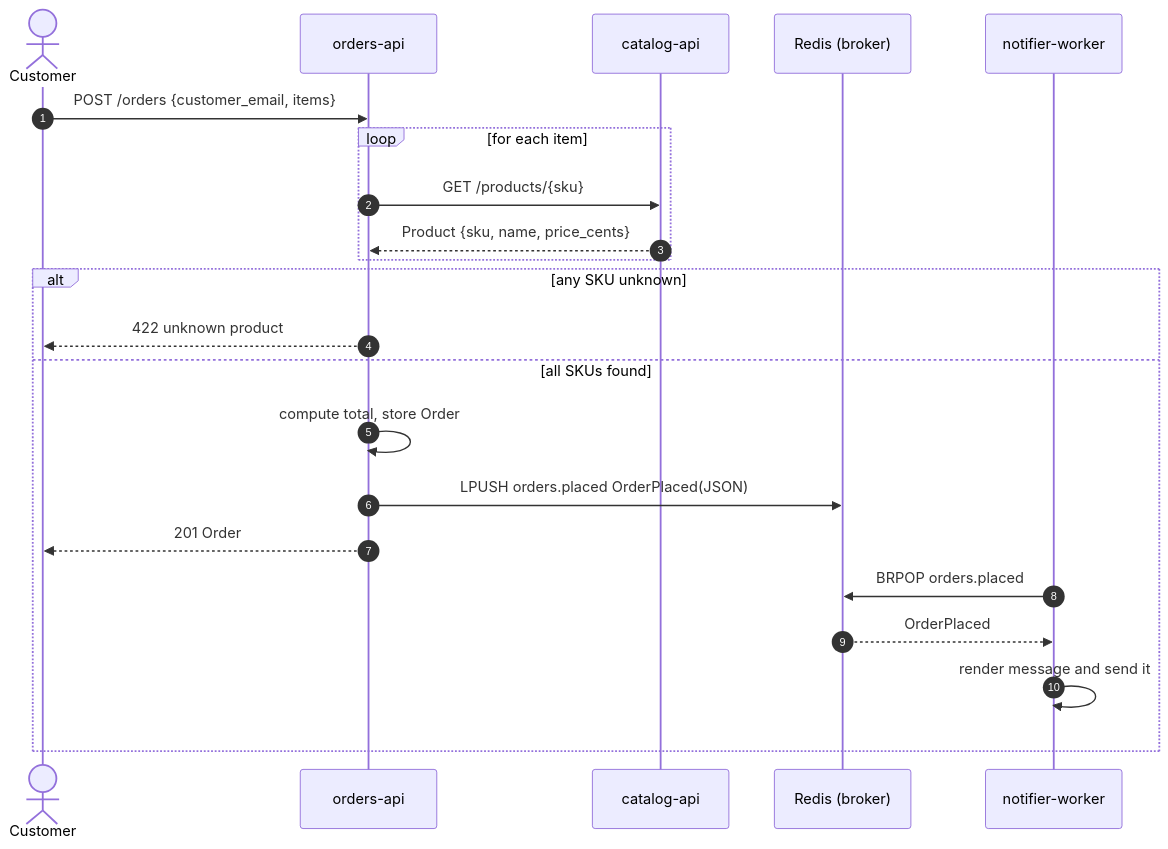
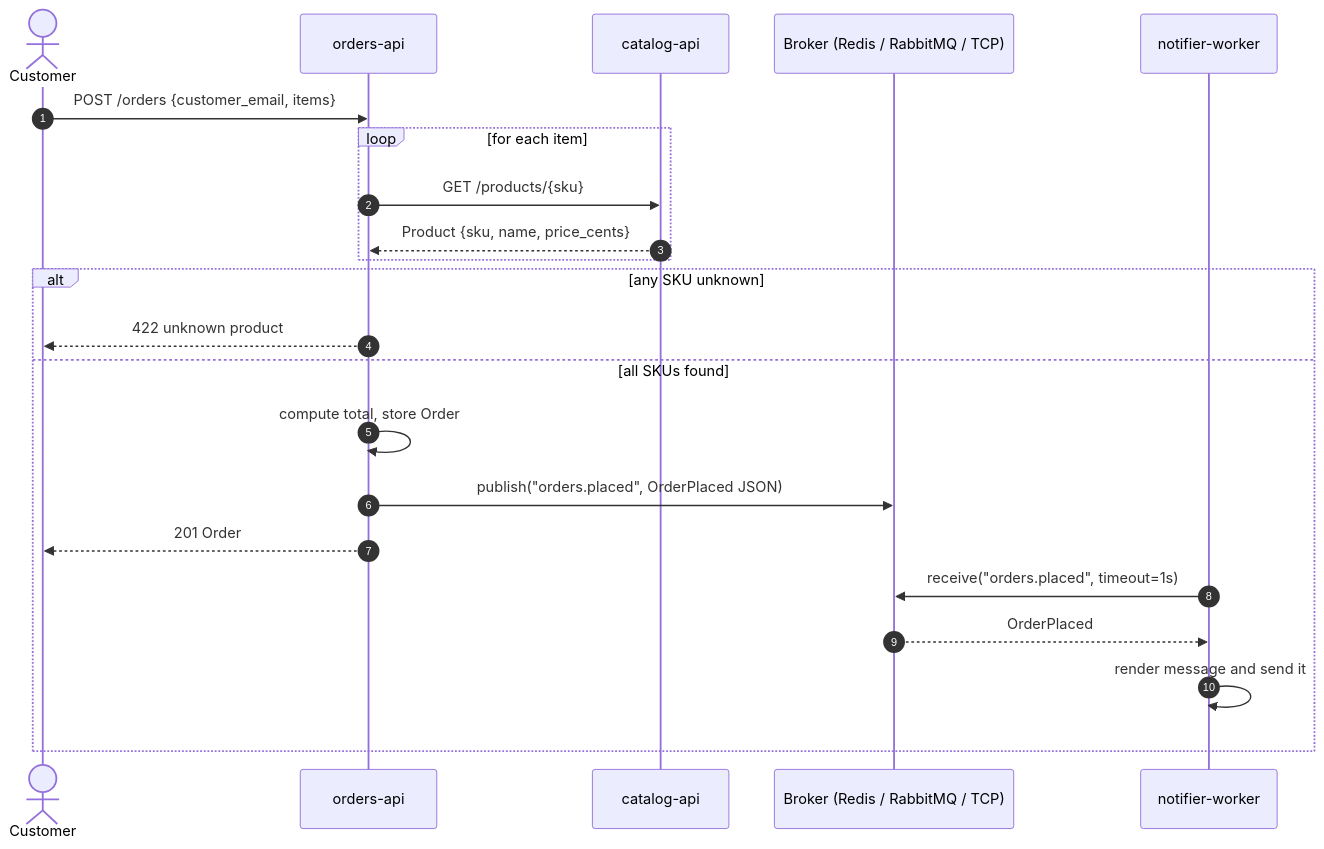
One commit to sovikroy/python-monorepo changed the third of 10 diagrams in ARCHITECTURE.md. Above: the diagram before and after it, drawn with Mermaid. The commit also changed other lines of this file and 40 other files, not shown here.

First line of the commit message:
Make the messaging transport pluggable (Redis, RabbitMQ, TCP, in-memory)

````diff
--- a/ARCHITECTURE.md
+++ b/ARCHITECTURE.md
@@ -120,25 +134,25 @@
 ```mermaid
 sequenceDiagram
     autonumber
     actor Customer
     participant Orders as orders-api
     participant Catalog as catalog-api
-    participant Redis as Redis (broker)
+    participant Broker as Broker (Redis / RabbitMQ / TCP)
     participant Notifier as notifier-worker
 
     Customer->>Orders: POST /orders {customer_email, items}
     loop for each item
         Orders->>Catalog: GET /products/{sku}
         Catalog-->>Orders: Product {sku, name, price_cents}
     end
     alt any SKU unknown
         Orders-->>Customer: 422 unknown product
     else all SKUs found
         Orders->>Orders: compute total, store Order
-        Orders->>Redis: LPUSH orders.placed OrderPlaced(JSON)
+        Orders->>Broker: publish("orders.placed", OrderPlaced JSON)
         Orders-->>Customer: 201 Order
-        Notifier->>Redis: BRPOP orders.placed
-        Redis-->>Notifier: OrderPlaced
+        Notifier->>Broker: receive("orders.placed", timeout=1s)
+        Broker-->>Notifier: OrderPlaced
         Notifier->>Notifier: render message and send it
     end
 ```
````
